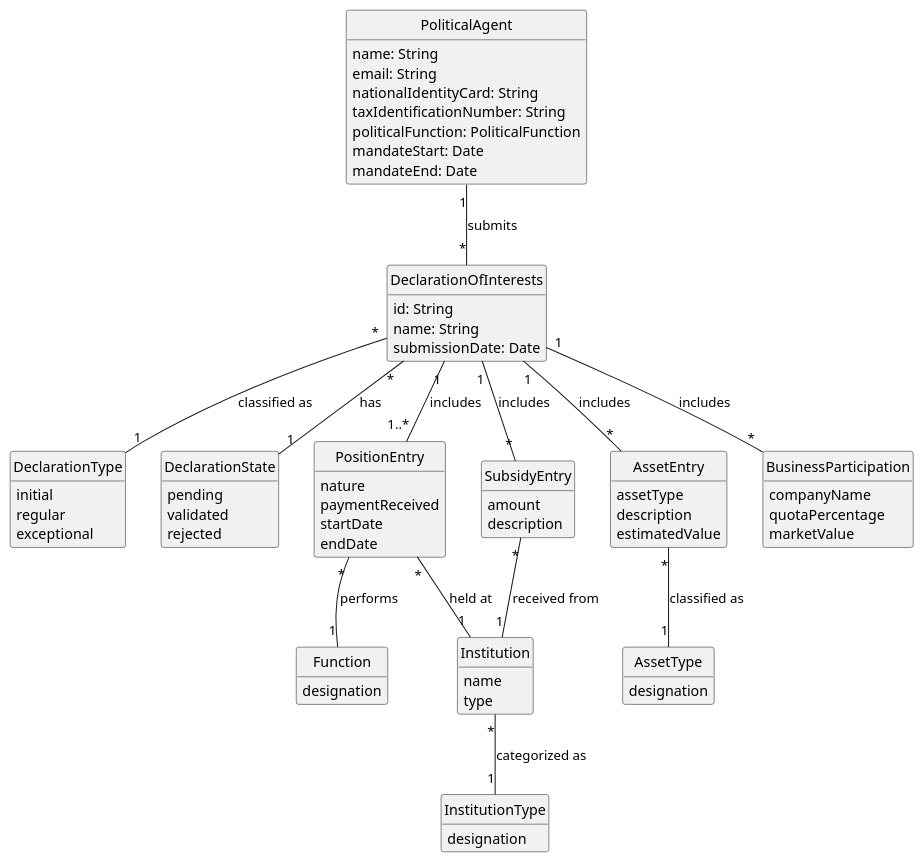
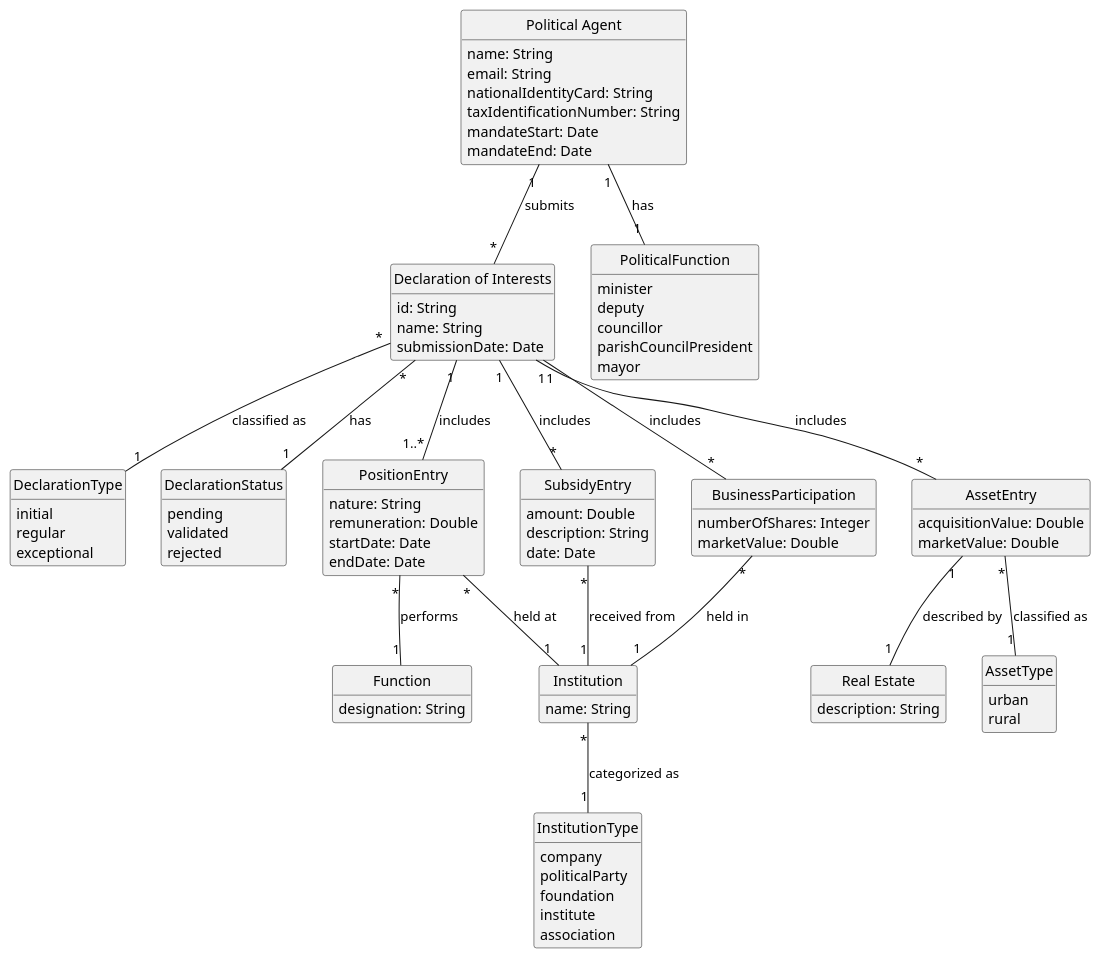
One commit to brunodspinto/crystal-clear-platform changed the diagram in docs/system-documentation/US06/02.analysis/puml/US06-DM.puml. Above: the diagram before and after it, drawn with PlantUML. The commit also changed 11 other files, not shown here.

```diff
--- a/docs/system-documentation/US06/02.analysis/puml/US06-DM.puml
+++ b/docs/system-documentation/US06/02.analysis/puml/US06-DM.puml
@@ -1,104 +1,115 @@
-@startuml
+@startuml US06-DM
 skinparam monochrome true
 skinparam packageStyle rectangle
 skinparam shadowing false
-
 skinparam classAttributeIconSize 0
 
 hide circle
 hide methods
 
-class PoliticalAgent {
+class "Political Agent" as PoliticalAgent {
     name: String
     email: String
     nationalIdentityCard: String
     taxIdentificationNumber: String
-    politicalFunction: PoliticalFunction
     mandateStart: Date
     mandateEnd: Date
 }
 
-class DeclarationOfInterests {
+class "Declaration of Interests" as Declaration {
     id: String
     name: String
     submissionDate: Date
 }
 
-class DeclarationType {
+enum DeclarationType {
     initial
     regular
     exceptional
 }
 
-class DeclarationState {
+enum DeclarationStatus {
     pending
-        validated
-        rejected
+    validated
+    rejected
+}
+
+enum PoliticalFunction {
+    minister
+    deputy
+    councillor
+    parishCouncilPresident
+    mayor
 }
 
 class PositionEntry {
-    nature
-    paymentReceived
-    startDate
-    endDate
+    nature: String
+    remuneration: Double
+    startDate: Date
+    endDate: Date
 }
 
 class Function {
-    designation
+    designation: String
 }
 
 class Institution {
-    name
-    type
+    name: String
 }
 
-class InstitutionType {
-    designation
+enum InstitutionType {
+    company
+    politicalParty
+    foundation
+    institute
+    association
 }
 
 class SubsidyEntry {
-    amount
-    description
+    amount: Double
+    description: String
+    date: Date
 }
 
 class AssetEntry {
-    assetType
-    description
-    estimatedValue
+    acquisitionValue: Double
+    marketValue: Double
 }
 
-class AssetType {
-    designation
+class "Real Estate" as RealEstate {
+    description: String
+}
+
+enum AssetType {
+    urban
+    rural
 }
 
 class BusinessParticipation {
-    companyName
-    quotaPercentage
-    marketValue
+    numberOfShares: Integer
+    marketValue: Double
 }
 
-PoliticalAgent "1" -- "*" DeclarationOfInterests : submits
+PoliticalAgent "1" -- "1" PoliticalFunction : has
+PoliticalAgent "1" -- "*" Declaration : submits
 
-DeclarationOfInterests "*" -- "1" DeclarationType : classified as
-
-DeclarationOfInterests "*" -- "1" DeclarationState : has
-
-DeclarationOfInterests "1" -- "1..*" PositionEntry : includes
-
-DeclarationOfInterests "1" -- "*" SubsidyEntry : includes
-
-DeclarationOfInterests "1" -- "*" AssetEntry : includes
-
-DeclarationOfInterests "1" -- "*" BusinessParticipation : includes
+Declaration "*" -- "1" DeclarationType : classified as
+Declaration "*" -- "1" DeclarationStatus : has
+Declaration "1" -- "1..*" PositionEntry : includes
+Declaration "1" -- "*" SubsidyEntry : includes
+Declaration "1" -- "*" AssetEntry : includes
+Declaration "1" -- "*" BusinessParticipation : includes
 
 PositionEntry "*" -- "1" Institution : held at
-
 PositionEntry "*" -- "1" Function : performs
 
 Institution "*" -- "1" InstitutionType : categorized as
 
 SubsidyEntry "*" -- "1" Institution : received from
 
 AssetEntry "*" -- "1" AssetType : classified as
+AssetEntry "1" -- "1" RealEstate : described by
+
+BusinessParticipation "*" -- "1" Institution : held in
 
 @enduml
```
